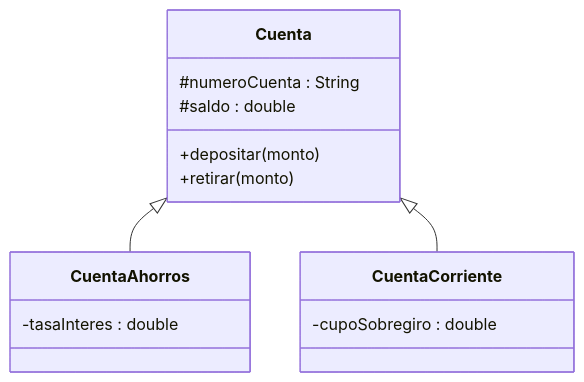
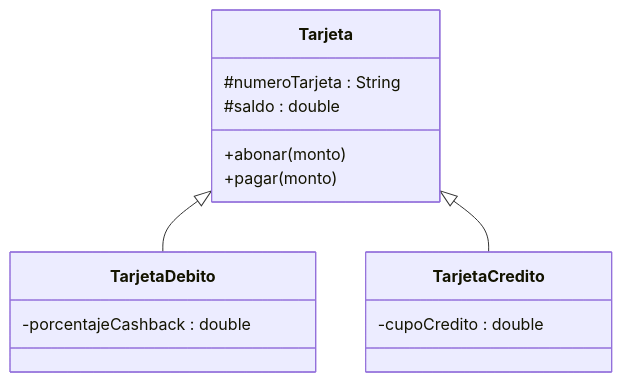
One commit to santiagoSuarez219/nodo-edu changed the diagram in content/cursos/estructuras-de-datos/herencia.mdx. Above: the diagram before and after it, drawn with Mermaid. The commit also changed other lines of this file and 3 other files, not shown here.

````diff
--- a/content/cursos/estructuras-de-datos/herencia.mdx
+++ b/content/cursos/estructuras-de-datos/herencia.mdx
@@ -115,17 +96,17 @@
 ```mermaid
 classDiagram
-  class Cuenta {
-    #numeroCuenta : String
+  class Tarjeta {
+    #numeroTarjeta : String
     #saldo : double
-    +depositar(monto)
-    +retirar(monto)
+    +abonar(monto)
+    +pagar(monto)
   }
-  class CuentaAhorros {
-    -tasaInteres : double
+  class TarjetaDebito {
+    -porcentajeCashback : double
   }
-  class CuentaCorriente {
-    -cupoSobregiro : double
+  class TarjetaCredito {
+    -cupoCredito : double
   }
-  Cuenta <|-- CuentaAhorros
-  Cuenta <|-- CuentaCorriente
+  Tarjeta <|-- TarjetaDebito
+  Tarjeta <|-- TarjetaCredito
 ```
````
